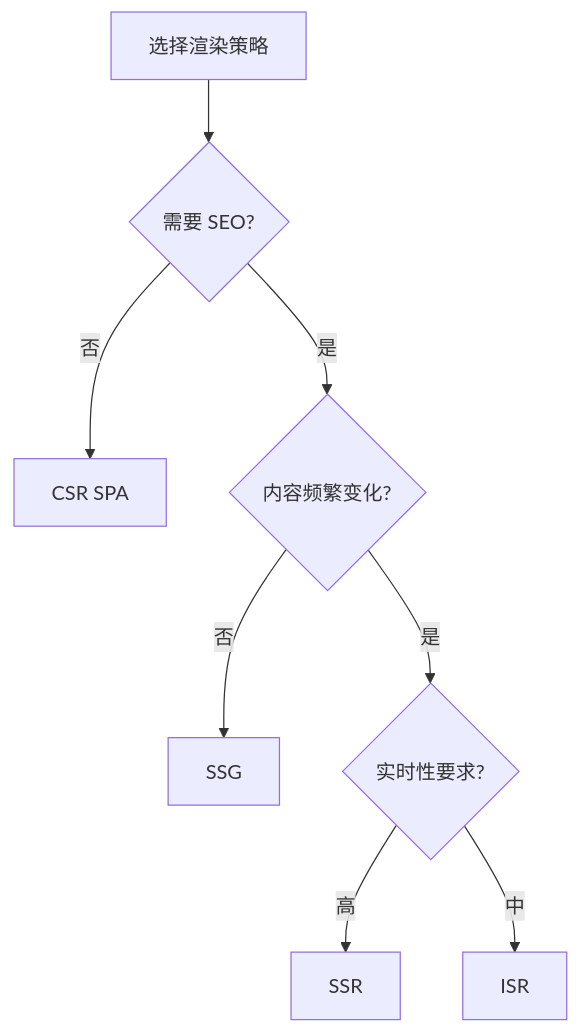
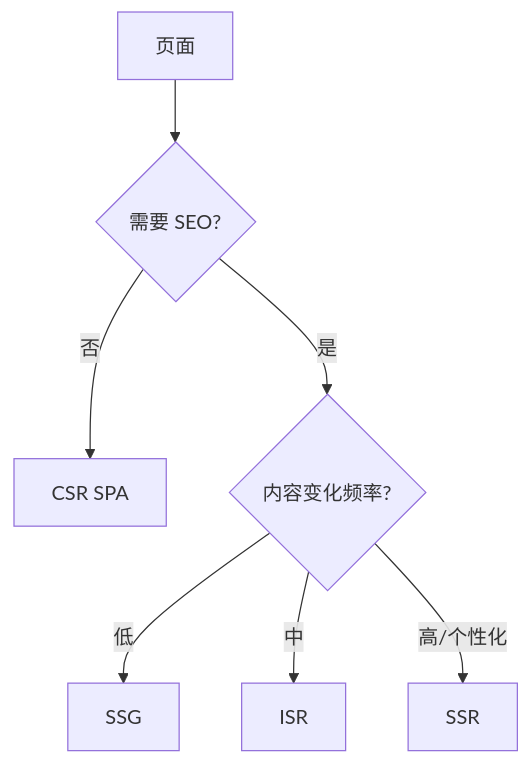
The diagram in 05-性能优化/03-渲染策略(CSR-SSR-SSG).md (c-builder/study), drawn with Mermaid before and after one commit. The commit also changed other lines of this file and 28 other files, not shown here.

````diff
--- a/05-性能优化/03-渲染策略(CSR-SSR-SSG).md
+++ b/05-性能优化/03-渲染策略(CSR-SSR-SSG).md
@@ -132,10 +19,9 @@
 ```mermaid
 flowchart TD
-    Start[选择渲染策略] --> SEO{需要 SEO?}
+    Start[页面] --> SEO{需要 SEO?}
     SEO -->|否| CSR[CSR SPA]
-    SEO -->|是| Dynamic{内容频繁变化?}
-    Dynamic -->|否| SSG[SSG]
-    Dynamic -->|是| Realtime{实时性要求?}
-    Realtime -->|高| SSR[SSR]
-    Realtime -->|中| ISR[ISR]
+    SEO -->|是| Change{内容变化频率?}
+    Change -->|低| SSG[SSG]
+    Change -->|中| ISR[ISR]
+    Change -->|高/个性化| SSR[SSR]
 ```
````
